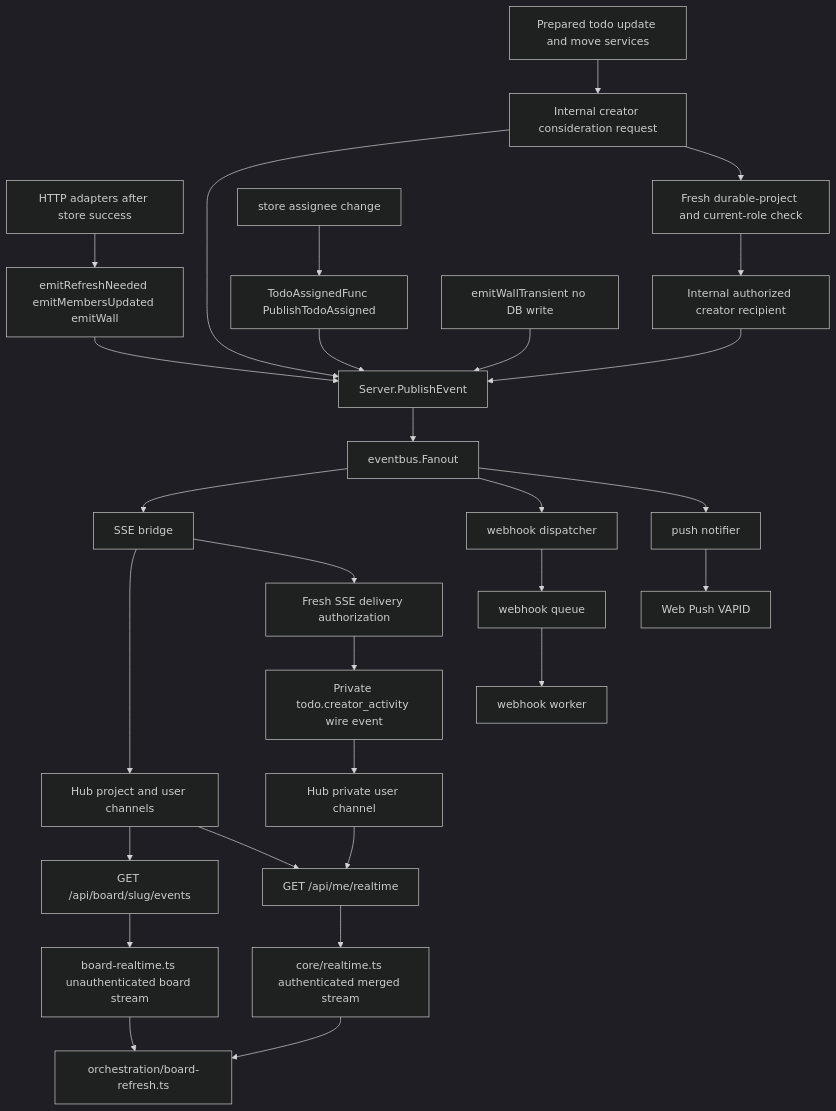
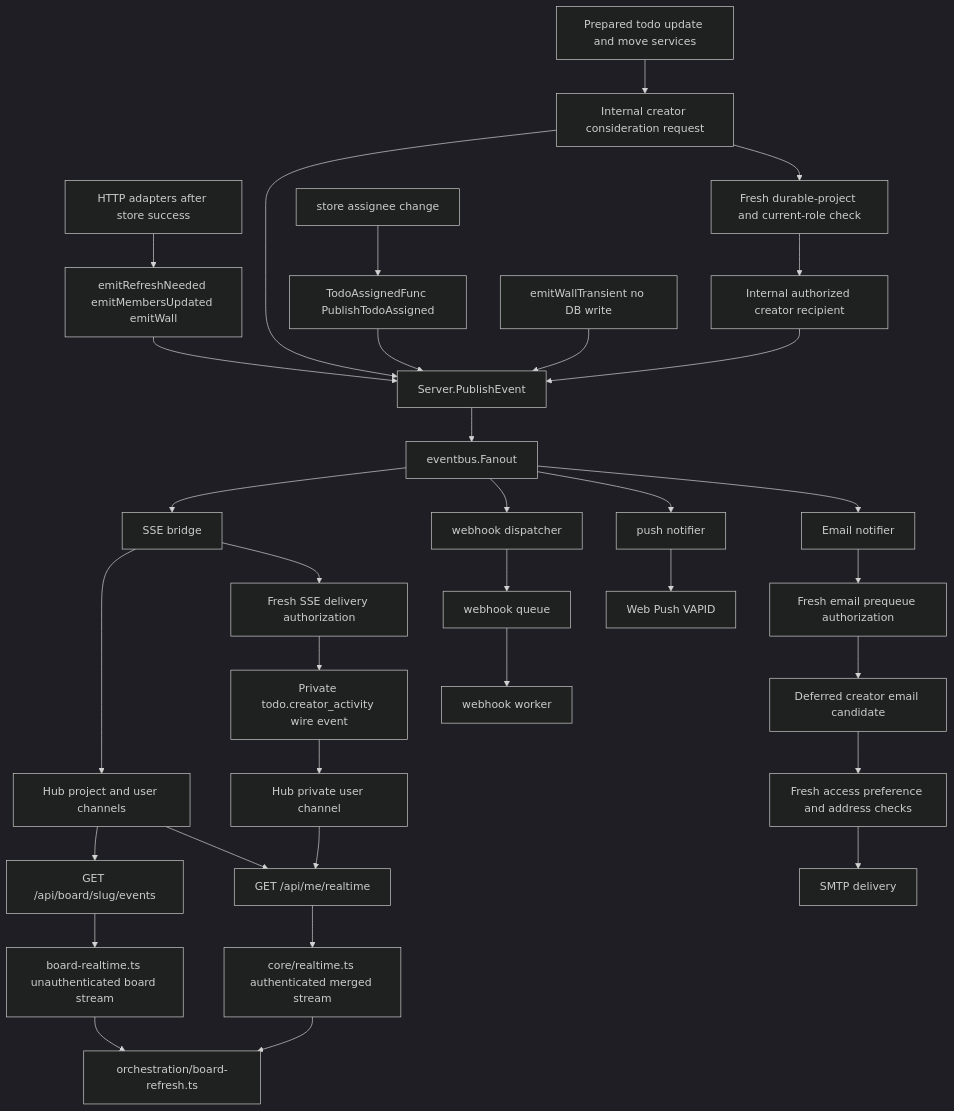
The diagram in docs/diagrams/scrumboy_realtime_events.md (markrai/scrumboy), drawn with Mermaid (dark theme) before and after one commit. The commit also changed other lines of this file and 64 other files, not shown here.

Commit message:
feat(todo): add authorized creator email notifications

````diff
--- a/docs/diagrams/scrumboy_realtime_events.md
+++ b/docs/diagrams/scrumboy_realtime_events.md
@@ -9,42 +11,48 @@
 ```mermaid
 flowchart TB
   Handler[HTTP adapters after store success]
   Prepared[Prepared todo update and move services]
   CreatorRequest[Internal creator consideration request]
   CreatorAuth[Fresh durable-project and current-role check]
   AuthorizedCreator[Internal authorized creator recipient]
   SSEReauth[Fresh SSE delivery authorization]
   CreatorWire[Private todo.creator_activity wire event]
+  CreatorMailCandidate[Deferred creator email candidate]
+  EmailPrequeueAuth[Fresh email prequeue authorization]
+  EmailReauth[Fresh access preference and address checks]
+  SMTP[SMTP delivery]
   Emit["emitRefreshNeeded emitMembersUpdated emitWall"]
   Pub[Server.PublishEvent]
   Fan[eventbus.Fanout]
 
   Handler --> Emit --> Pub --> Fan
   Prepared --> CreatorRequest --> Pub
   CreatorRequest --> CreatorAuth --> AuthorizedCreator --> Pub
 
   AssignStore[store assignee change]
   CB["TodoAssignedFunc PublishTodoAssigned"]
   AssignStore --> CB --> Pub
 
   Transient["emitWallTransient no DB write"]
   Transient --> Pub
 
   Fan --> Bridge[SSE bridge]
   Fan --> WHDisp[webhook dispatcher]
   Fan --> PushN[push notifier]
 
   Bridge --> Hub[Hub project and user channels]
   Bridge --> SSEReauth --> CreatorWire --> CreatorUserHub[Hub private user channel]
+  Fan --> EmailN[Email notifier]
+  EmailN --> EmailPrequeueAuth --> CreatorMailCandidate --> EmailReauth --> SMTP
   Hub --> BoardSSE["GET /api/board/slug/events"]
   Hub --> UserSSE["GET /api/me/realtime"]
   CreatorUserHub --> UserSSE
   BoardSSE --> BoardClient[board-realtime.ts unauthenticated board stream]
   UserSSE --> LoggedClient[core/realtime.ts authenticated merged stream]
   BoardClient --> Refresh[orchestration/board-refresh.ts]
   LoggedClient --> Refresh
 
   WHDisp --> Queue[webhook queue]
   Queue --> Worker[webhook worker]
   PushN --> VAPID[Web Push VAPID]
 ```
````
